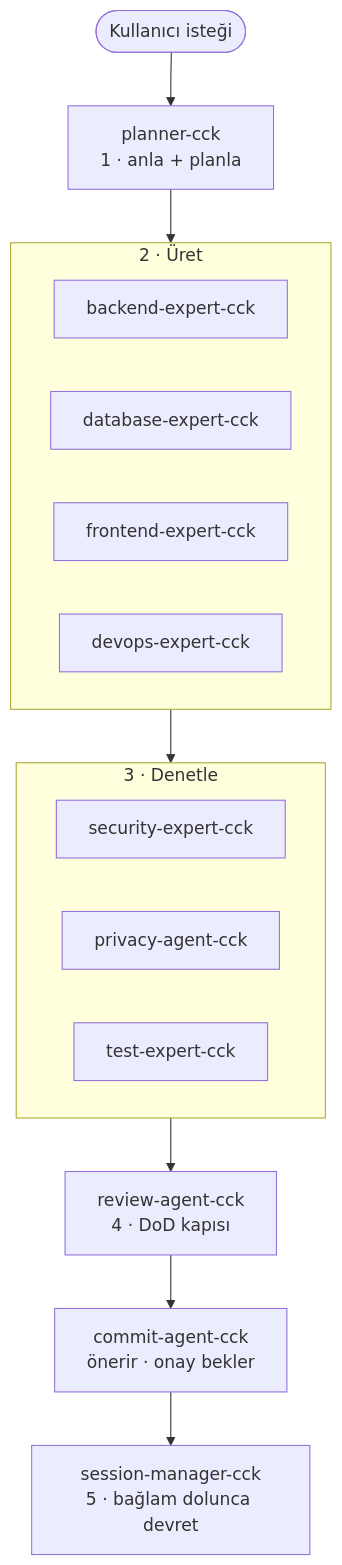
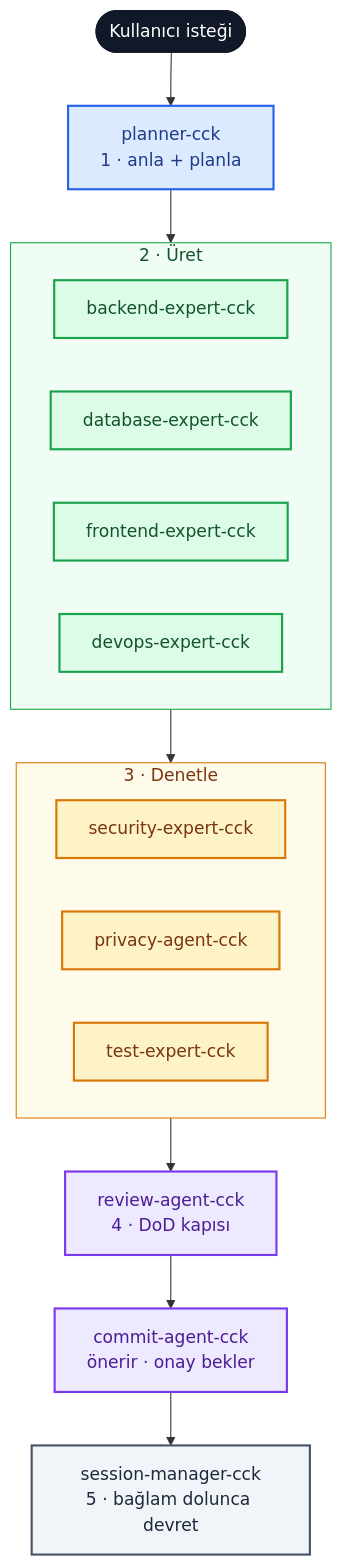
The first of 2 diagrams in README.tr.md (byerlikaya/claude-starter-kit), drawn with Mermaid before and after one commit. The commit also changed other lines of this file and 1 other file, not shown here.

Commit message:
docs: add stage-based color palette to README diagrams
Stage-colored Mermaid (classDef): plan/produce/audit/gate/handoff. Renders as
colored SVG on GitHub, readable in light and dark themes; both READMEs.

````diff
--- a/README.tr.md
+++ b/README.tr.md
@@ -38,25 +38,40 @@
 ```mermaid
 flowchart TD
     U([Kullanıcı isteği]) --> P["planner-cck<br/>1 · anla + planla"]
     P --> BUILD
 
     subgraph BUILD ["2 · Üret"]
         direction LR
         B[backend-expert-cck]
         D[database-expert-cck]
         F[frontend-expert-cck]
         O[devops-expert-cck]
     end
 
     BUILD --> AUDIT
     subgraph AUDIT ["3 · Denetle"]
         direction LR
         SE[security-expert-cck]
         PR[privacy-agent-cck]
         TE[test-expert-cck]
     end
 
     AUDIT --> R["review-agent-cck<br/>4 · DoD kapısı"]
     R --> C["commit-agent-cck<br/>önerir · onay bekler"]
     C --> SM["session-manager-cck<br/>5 · bağlam dolunca devret"]
+
+    classDef start fill:#111827,stroke:#111827,color:#ffffff
+    classDef plan fill:#dbeafe,stroke:#2563eb,stroke-width:2px,color:#1e3a8a
+    classDef build fill:#dcfce7,stroke:#16a34a,stroke-width:2px,color:#14532d
+    classDef audit fill:#fef3c7,stroke:#d97706,stroke-width:2px,color:#78350f
+    classDef gate fill:#ede9fe,stroke:#7c3aed,stroke-width:2px,color:#4c1d95
+    classDef hand fill:#f1f5f9,stroke:#475569,stroke-width:2px,color:#1e293b
+    class U start
+    class P plan
+    class B,D,F,O build
+    class SE,PR,TE audit
+    class R,C gate
+    class SM hand
+    style BUILD fill:#f0fdf4,stroke:#16a34a,color:#14532d
+    style AUDIT fill:#fffbeb,stroke:#d97706,color:#78350f
 ```
````
